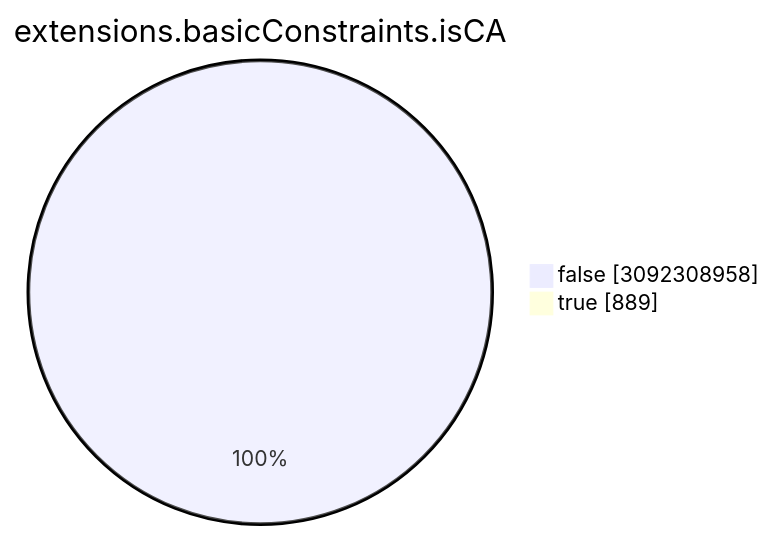
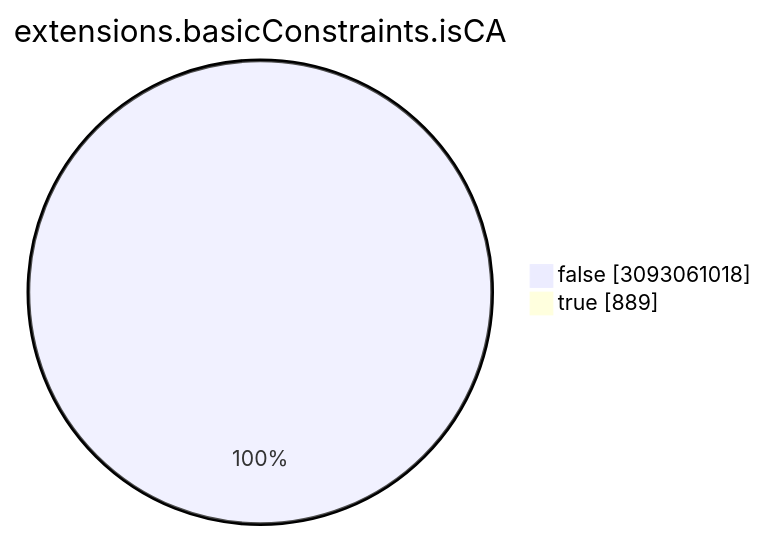
The seventh of 15 diagrams in TOTAL/README.md (christiankrug/ctmonitor_visualization), drawn with Mermaid before and after one commit. The commit also changed other lines of this file, not shown here.

````diff
--- a/TOTAL/README.md
+++ b/TOTAL/README.md
@@ -3086,6 +3086,6 @@
 ```mermaid
 pie showData
 title extensions.basicConstraints.isCA
-"false" :3092308958
+"false" :3093061018
 "true" :889
 ```
````
